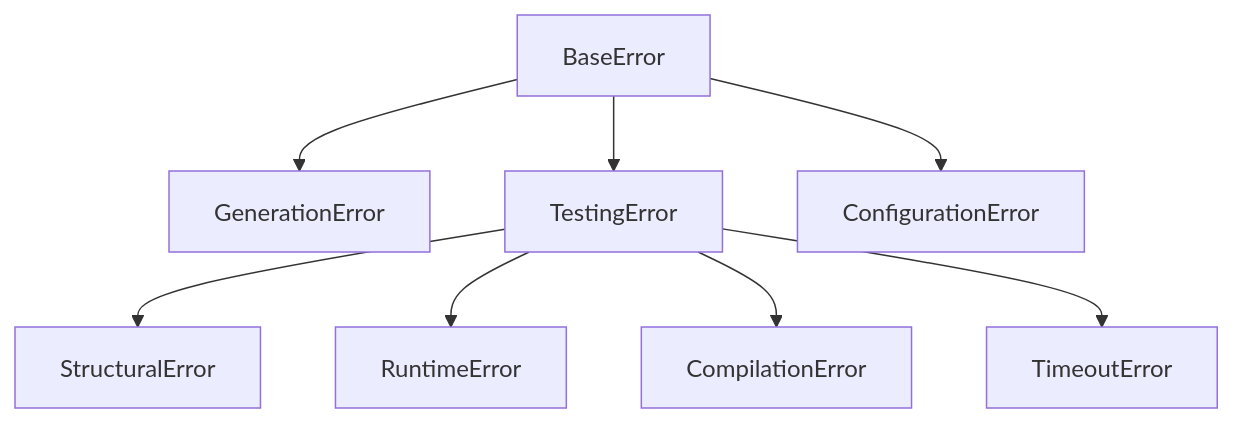
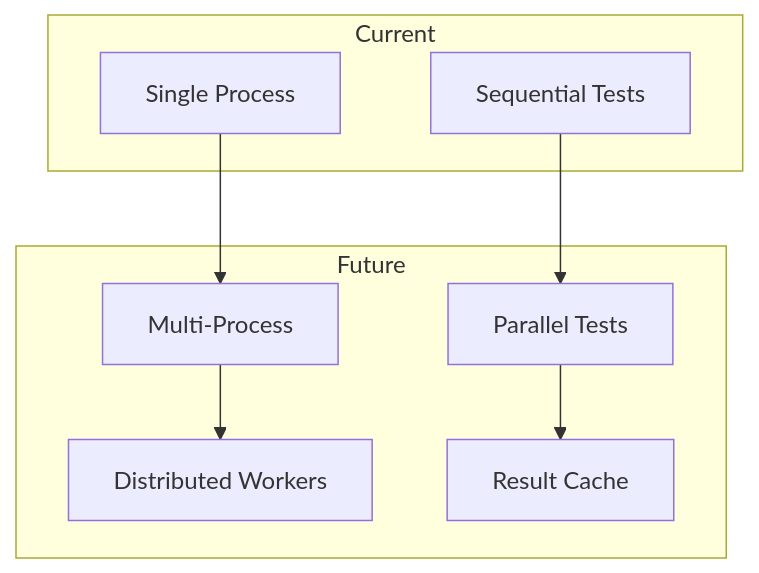
The diagram in docs/mermaid_src/architecture_diagram_7.mmd (CoffeePoweredComputers/eiplgrader), drawn with Mermaid before and after one commit. The commit also changed 24 other files, not shown here.

Commit message:
updated figure

```diff
--- a/docs/mermaid_src/architecture_diagram_7.mmd
+++ b/docs/mermaid_src/architecture_diagram_7.mmd
@@ -1,19 +1,17 @@
 graph TB
-    BE[BaseError]
-    GE[GenerationError]
-    TE[TestingError]
-    CE[ConfigurationError]
+    subgraph "Current"
+        S1[Single Process]
+        S2[Sequential Tests]
+    end
     
-    SE[StructuralError]
-    RE[RuntimeError]
-    CME[CompilationError]
-    TOE[TimeoutError]
+    subgraph "Future"
+        M1[Multi-Process]
+        M2[Parallel Tests]
+        M3[Distributed Workers]
+        M4[Result Cache]
+    end
     
-    BE --> GE
-    BE --> TE
-    BE --> CE
-    
-    TE --> SE
-    TE --> RE
-    TE --> CME
-    TE --> TOE
+    S1 --> M1
+    S2 --> M2
+    M1 --> M3
+    M2 --> M4
```
